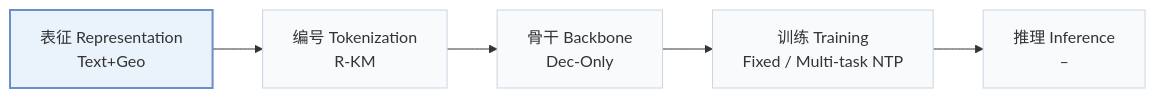
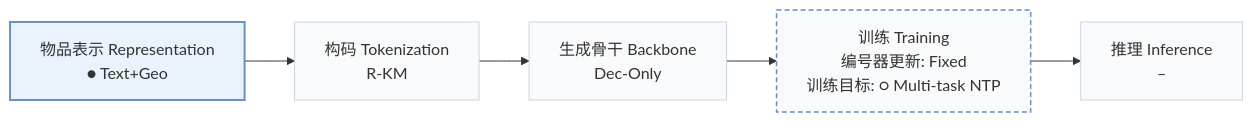
Before and after one commit to Galaxy-ghost/Awesome-SID-Generative-Rec: the first of 2 diagrams in pages/zh/papers/spar.md, drawn with Mermaid. The commit also changed other lines of this file and 558 other files, not shown here.

````diff
--- a/pages/zh/papers/spar.md
+++ b/pages/zh/papers/spar.md
@@ -15,8 +18,10 @@
 ```mermaid
 flowchart LR
-    R["表征 Representation<br/>Text+Geo"] --> T["编号 Tokenization<br/>R-KM"] --> B["骨干 Backbone<br/>Dec-Only"] --> TR["训练 Training<br/>Fixed / Multi-task NTP"] --> I["推理 Inference<br/>–"]
+    R["物品表示 Representation<br/>● Text+Geo"] --> T["构码 Tokenization<br/>R-KM"] --> B["生成骨干 Backbone<br/>Dec-Only"] --> TR["训练 Training<br/>编号器更新: Fixed<br/>训练目标: ○ Multi-task NTP"] --> I["推理 Inference<br/>–"]
     classDef base fill:#f8fafc,stroke:#cbd5e1
     class R,T,B,TR,I base
+    classDef other fill:#f8fafc,stroke:#6b8fc7,stroke-width:1.5px,stroke-dasharray:5 3
+    class TR other
     classDef main fill:#eaf2fb,stroke:#6b8fc7,stroke-width:2px
     class R main
 ```
````
